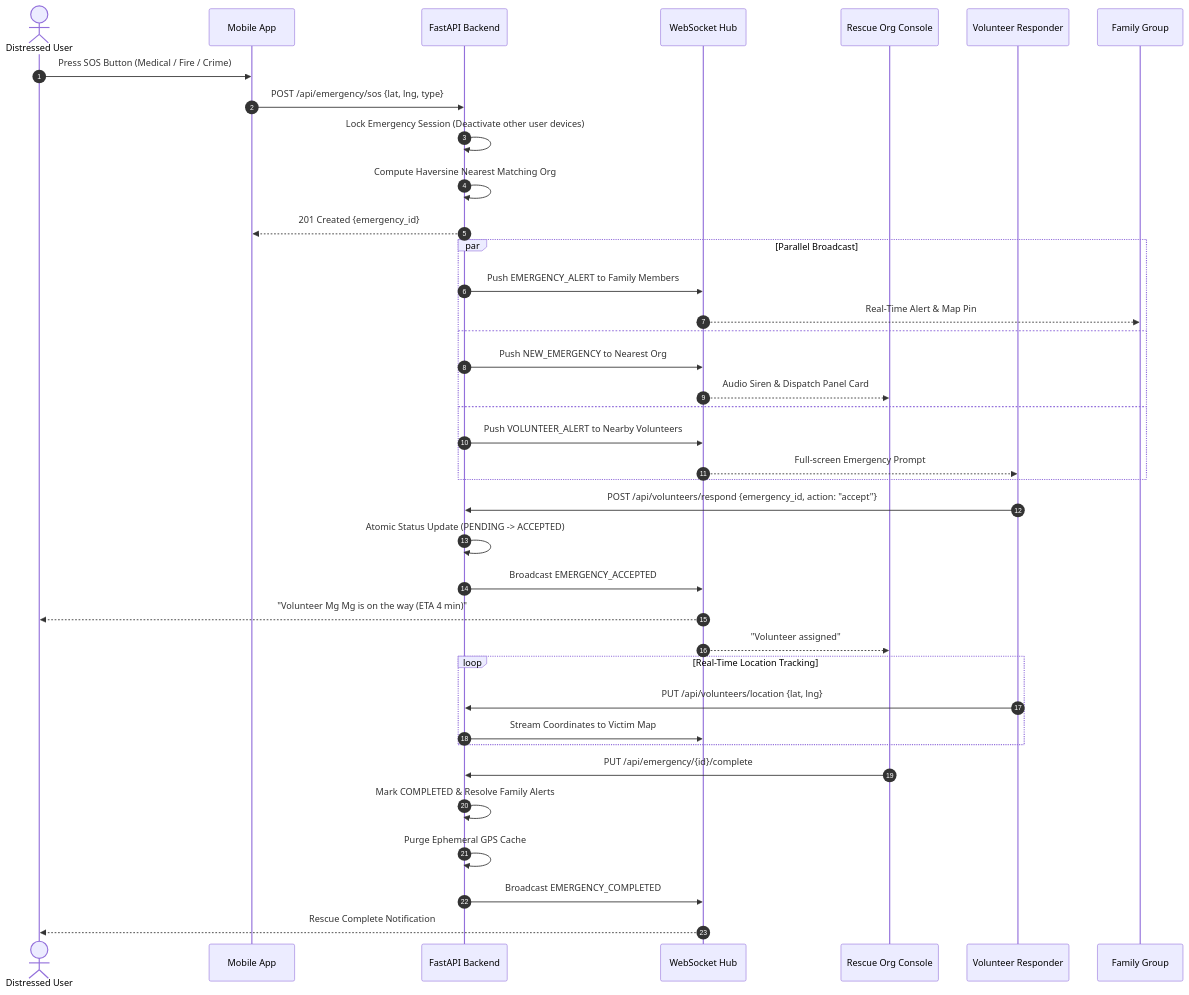
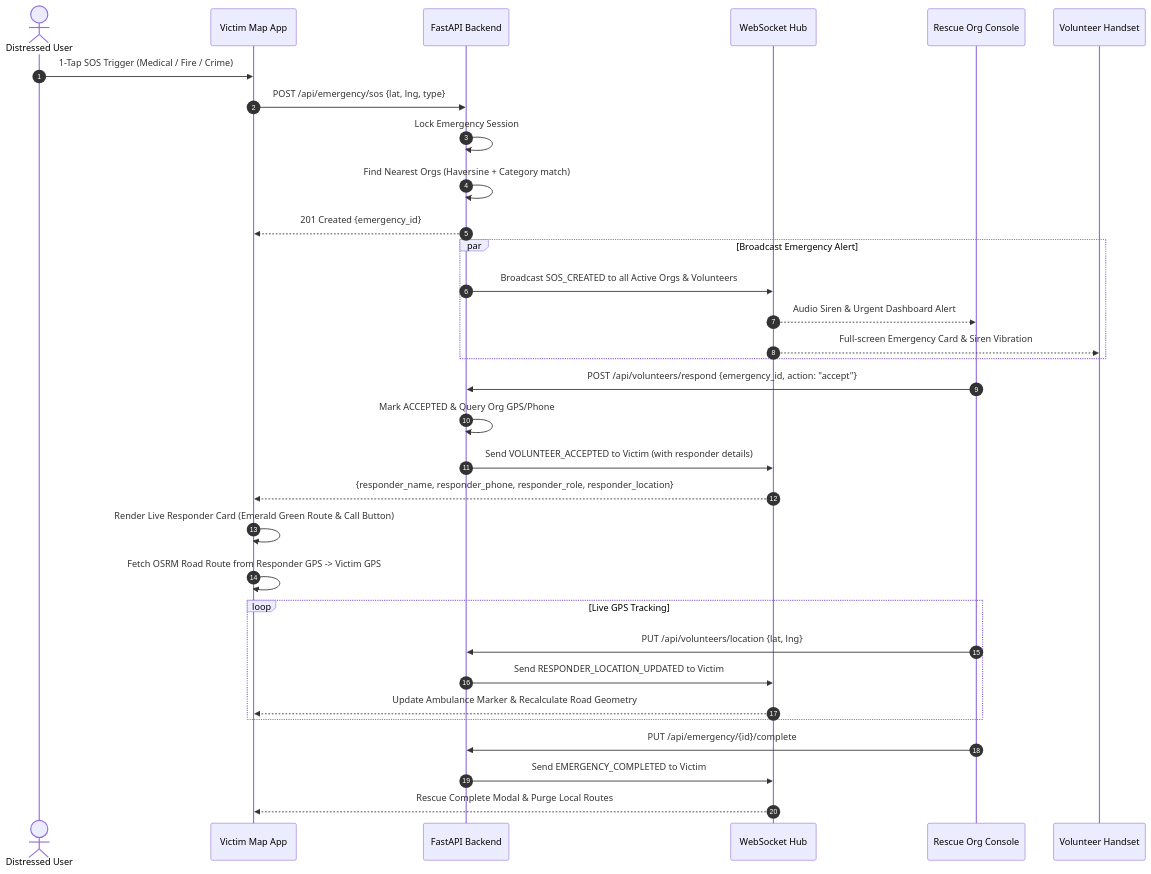
The fourth of 5 diagrams in system_specification.md (Script-By-Lin/KhuNyiKalSal), drawn with Mermaid before and after one commit. The commit also changed other lines of this file and 5 other files, not shown here.

Commit message:
feat: Allow org to assign emergency to specific volunteer and overhaul mission map view UI

````diff
--- a/system_specification.md
+++ b/system_specification.md
@@ -339,45 +226,40 @@
 ```mermaid
 sequenceDiagram
     autonumber
     actor Victim as Distressed User
-    participant App as Mobile App
+    participant App as Victim Map App
     participant API as FastAPI Backend
     participant WS as WebSocket Hub
     participant Org as Rescue Org Console
-    participant Vol as Volunteer Responder
-    participant Fam as Family Group
+    participant Vol as Volunteer Handset
 
-    Victim->>App: Press SOS Button (Medical / Fire / Crime)
+    Victim->>App: 1-Tap SOS Trigger (Medical / Fire / Crime)
     App->>API: POST /api/emergency/sos {lat, lng, type}
-    API->>API: Lock Emergency Session (Deactivate other user devices)
-    API->>API: Compute Haversine Nearest Matching Org
+    API->>API: Lock Emergency Session
+    API->>API: Find Nearest Orgs (Haversine + Category match)
     API-->>App: 201 Created {emergency_id}
 
-    par Parallel Broadcast
-        API->>WS: Push EMERGENCY_ALERT to Family Members
-        WS-->>Fam: Real-Time Alert & Map Pin
-    and
-        API->>WS: Push NEW_EMERGENCY to Nearest Org
-        WS-->>Org: Audio Siren & Dispatch Panel Card
-    and
-        API->>WS: Push VOLUNTEER_ALERT to Nearby Volunteers
-        WS-->>Vol: Full-screen Emergency Prompt
+    par Broadcast Emergency Alert
+        API->>WS: Broadcast SOS_CREATED to all Active Orgs & Volunteers
+        WS-->>Org: Audio Siren & Urgent Dashboard Alert
+        WS-->>Vol: Full-screen Emergency Card & Siren Vibration
     end
 
-    Vol->>API: POST /api/volunteers/respond {emergency_id, action: "accept"}
-    API->>API: Atomic Status Update (PENDING -> ACCEPTED)
-    API->>WS: Broadcast EMERGENCY_ACCEPTED
-    WS-->>Victim: "Volunteer Mg Mg is on the way (ETA 4 min)"
-    WS-->>Org: "Volunteer assigned"
+    Org->>API: POST /api/volunteers/respond {emergency_id, action: "accept"}
+    API->>API: Mark ACCEPTED & Query Org GPS/Phone
+    API->>WS: Send VOLUNTEER_ACCEPTED to Victim (with responder details)
+    WS-->>App: {responder_name, responder_phone, responder_role, responder_location}
 
-    loop Real-Time Location Tracking
-        Vol->>API: PUT /api/volunteers/location {lat, lng}
-        API->>WS: Stream Coordinates to Victim Map
+    App->>App: Render Live Responder Card (Emerald Green Route & Call Button)
+    App->>App: Fetch OSRM Road Route from Responder GPS -> Victim GPS
+
+    loop Live GPS Tracking
+        Org->>API: PUT /api/volunteers/location {lat, lng}
+        API->>WS: Send RESPONDER_LOCATION_UPDATED to Victim
+        WS-->>App: Update Ambulance Marker & Recalculate Road Geometry
     end
 
     Org->>API: PUT /api/emergency/{id}/complete
-    API->>API: Mark COMPLETED & Resolve Family Alerts
-    API->>API: Purge Ephemeral GPS Cache
-    API->>WS: Broadcast EMERGENCY_COMPLETED
-    WS-->>Victim: Rescue Complete Notification
+    API->>WS: Send EMERGENCY_COMPLETED to Victim
+    WS-->>App: Rescue Complete Modal & Purge Local Routes
 ```
````
